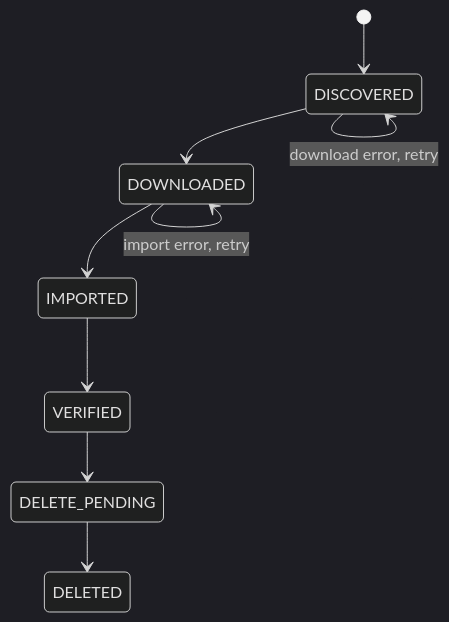
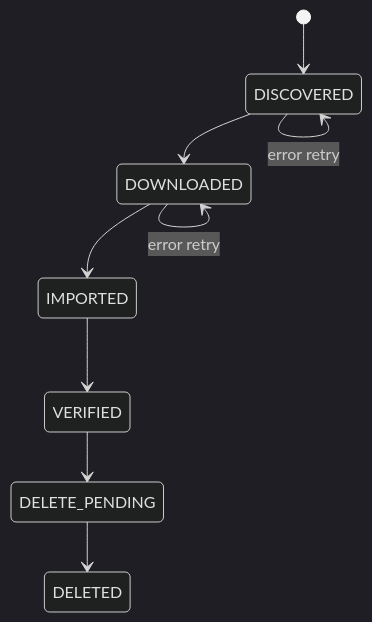
Before and after one commit to devadalberto/backdeezup: the second of 4 diagrams in README.md, drawn with Mermaid (dark theme). The commit also changed other lines of this file and 8 other files, not shown here.

````diff
--- a/README.md
+++ b/README.md
@@ -34,12 +30,11 @@
 ```mermaid
 stateDiagram-v2
     [*] --> DISCOVERED
     DISCOVERED --> DOWNLOADED
     DOWNLOADED --> IMPORTED
     IMPORTED --> VERIFIED
     VERIFIED --> DELETE_PENDING
     DELETE_PENDING --> DELETED
-
-    DISCOVERED --> DISCOVERED : download error, retry
-    DOWNLOADED --> DOWNLOADED : import error, retry
+    DISCOVERED --> DISCOVERED : error retry
+    DOWNLOADED --> DOWNLOADED : error retry
 ```
````
